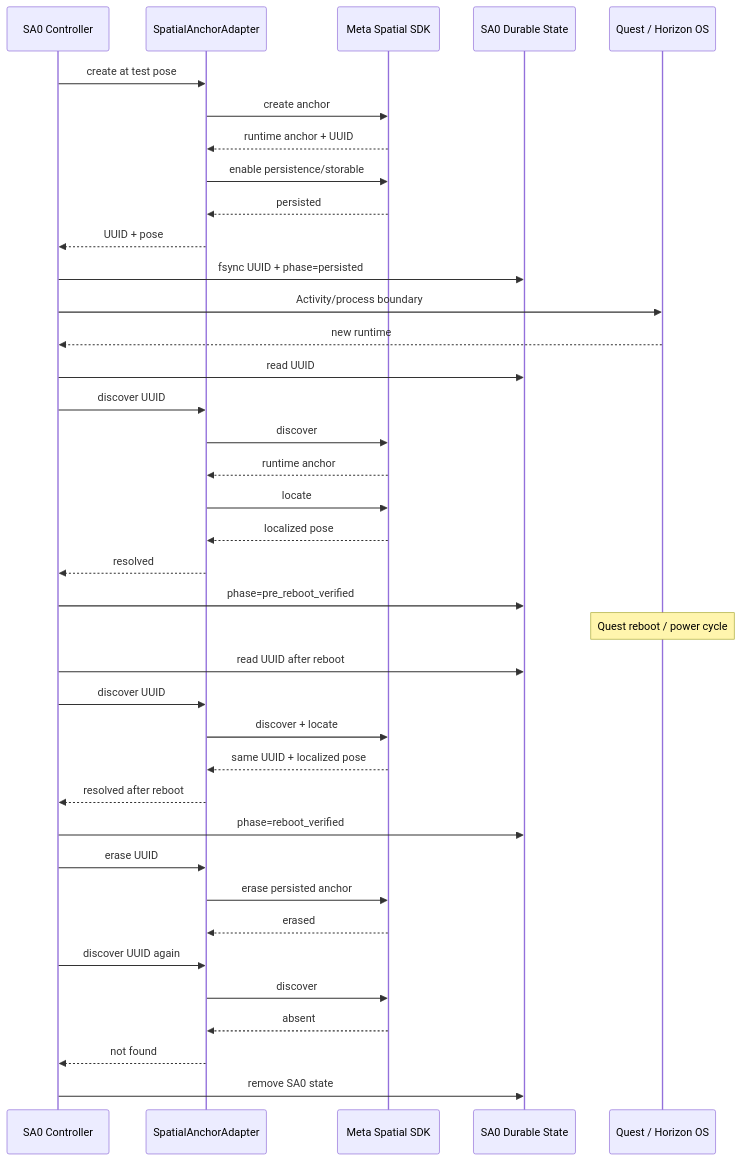
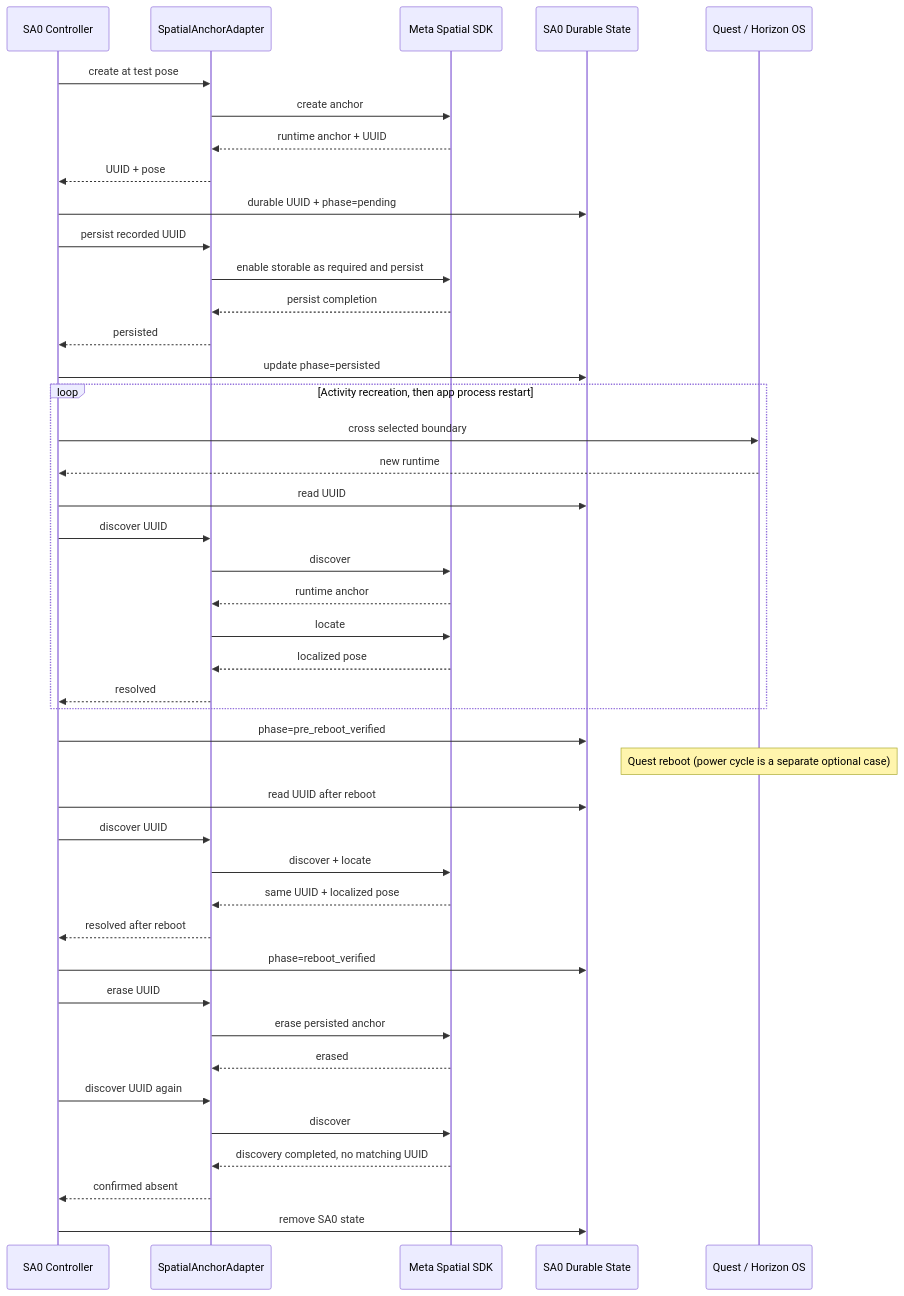
The eighth of 9 diagrams in docs/features/spatial-anchor/spatial-anchor-linux-design-20261111.md (tin-machine/eidolon-wayland), drawn with Mermaid before and after one commit. The commit also changed other lines of this file and 1 other file, not shown here.

```diff
--- a/docs/features/spatial-anchor/spatial-anchor-linux-design-20261111.md
+++ b/docs/features/spatial-anchor/spatial-anchor-linux-design-20261111.md
@@ -1501,45 +1393,50 @@
 ~~~mermaid
 sequenceDiagram
     participant Test as SA0 Controller
     participant Adapter as SpatialAnchorAdapter
     participant Meta as Meta Spatial SDK
     participant Disk as SA0 Durable State
     participant OS as Quest / Horizon OS
 
     Test->>Adapter: create at test pose
     Adapter->>Meta: create anchor
     Meta-->>Adapter: runtime anchor + UUID
-    Adapter->>Meta: enable persistence/storable
-    Meta-->>Adapter: persisted
     Adapter-->>Test: UUID + pose
-    Test->>Disk: fsync UUID + phase=persisted
+    Test->>Disk: durable UUID + phase=pending
+    Test->>Adapter: persist recorded UUID
+    Adapter->>Meta: enable storable as required and persist
+    Meta-->>Adapter: persist completion
+    Adapter-->>Test: persisted
+    Test->>Disk: update phase=persisted
 
-    Test->>OS: Activity/process boundary
+    loop Activity recreation, then app process restart
+    Test->>OS: cross selected boundary
     OS-->>Test: new runtime
     Test->>Disk: read UUID
     Test->>Adapter: discover UUID
     Adapter->>Meta: discover
     Meta-->>Adapter: runtime anchor
     Adapter->>Meta: locate
     Meta-->>Adapter: localized pose
     Adapter-->>Test: resolved
+    end
     Test->>Disk: phase=pre_reboot_verified
 
-    Note over OS: Quest reboot / power cycle
+    Note over OS: Quest reboot (power cycle is a separate optional case)
 
     Test->>Disk: read UUID after reboot
     Test->>Adapter: discover UUID
     Adapter->>Meta: discover + locate
     Meta-->>Adapter: same UUID + localized pose
     Adapter-->>Test: resolved after reboot
     Test->>Disk: phase=reboot_verified
 
     Test->>Adapter: erase UUID
     Adapter->>Meta: erase persisted anchor
     Meta-->>Adapter: erased
     Test->>Adapter: discover UUID again
     Adapter->>Meta: discover
-    Meta-->>Adapter: absent
-    Adapter-->>Test: not found
+    Meta-->>Adapter: discovery completed, no matching UUID
+    Adapter-->>Test: confirmed absent
     Test->>Disk: remove SA0 state
 ~~~
```
